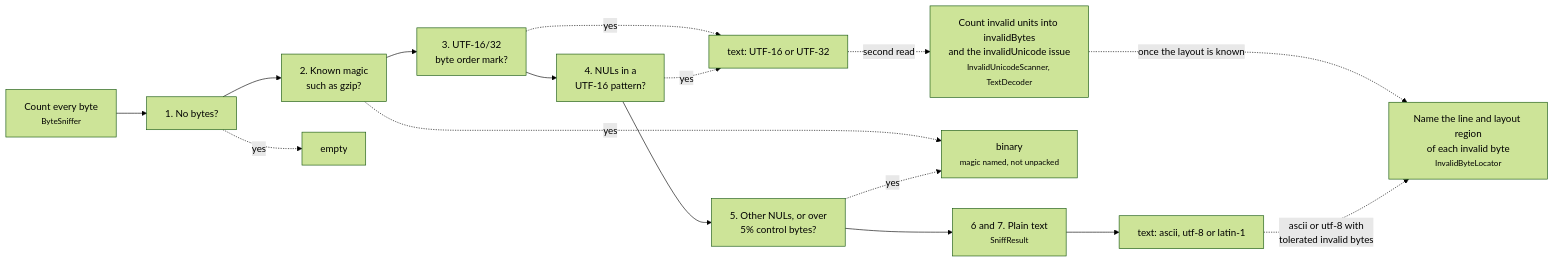
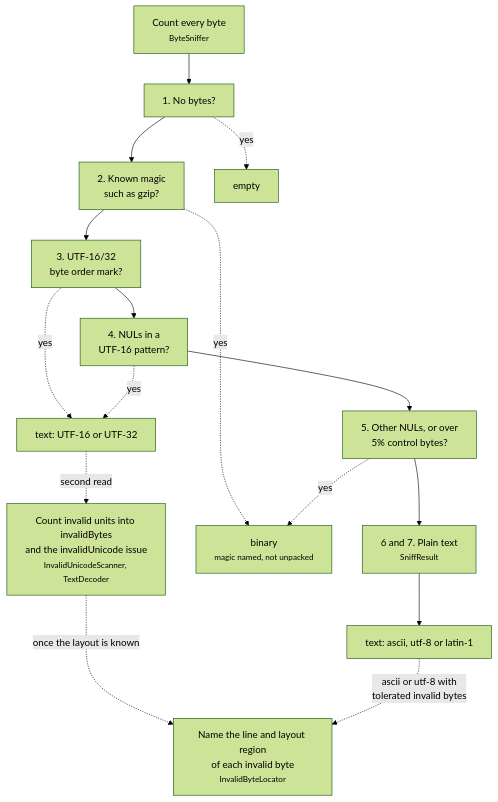
Before and after one commit to squalor-xyz/squalify: diagram 31 of 32 in docs/how-it-works.md, drawn with Mermaid (forest theme). The commit also changed 8 other files, not shown here.

Commit message:
sq-52: byte-pass diagram top-down in how-it-works

````diff
--- a/docs/how-it-works.md
+++ b/docs/how-it-works.md
@@ -506,18 +506,18 @@
 ```mermaid
-flowchart LR
+flowchart TD
     S["Count every byte<br/><small>ByteSniffer</small>"] --> R1["1. No bytes?"]
     R1 --> R2["2. Known magic<br/>such as gzip?"]
     R2 --> R3["3. UTF-16/32<br/>byte order mark?"]
     R3 --> R4["4. NULs in a<br/>UTF-16 pattern?"]
     R4 --> R5["5. Other NULs, or over<br/>5% control bytes?"]
     R5 --> R6["6 and 7. Plain text<br/><small>SniffResult</small>"]
     R1 -. "yes" .-> E["empty"]
     R2 -. "yes" .-> B["binary<br/><small>magic named, not unpacked</small>"]
     R5 -. "yes" .-> B
     R3 -. "yes" .-> T16["text: UTF-16 or UTF-32"]
     R4 -. "yes" .-> T16
     T16 -. "second read" .-> V["Count invalid units into invalidBytes<br/>and the invalidUnicode issue<br/><small>InvalidUnicodeScanner, TextDecoder</small>"]
     R6 --> T["text: ascii, utf-8 or latin-1"]
     V -. "once the layout is known" .-> L["Name the line and layout region<br/>of each invalid byte<br/><small>InvalidByteLocator</small>"]
     T -. "ascii or utf-8 with<br/>tolerated invalid bytes" .-> L
 ```
````
